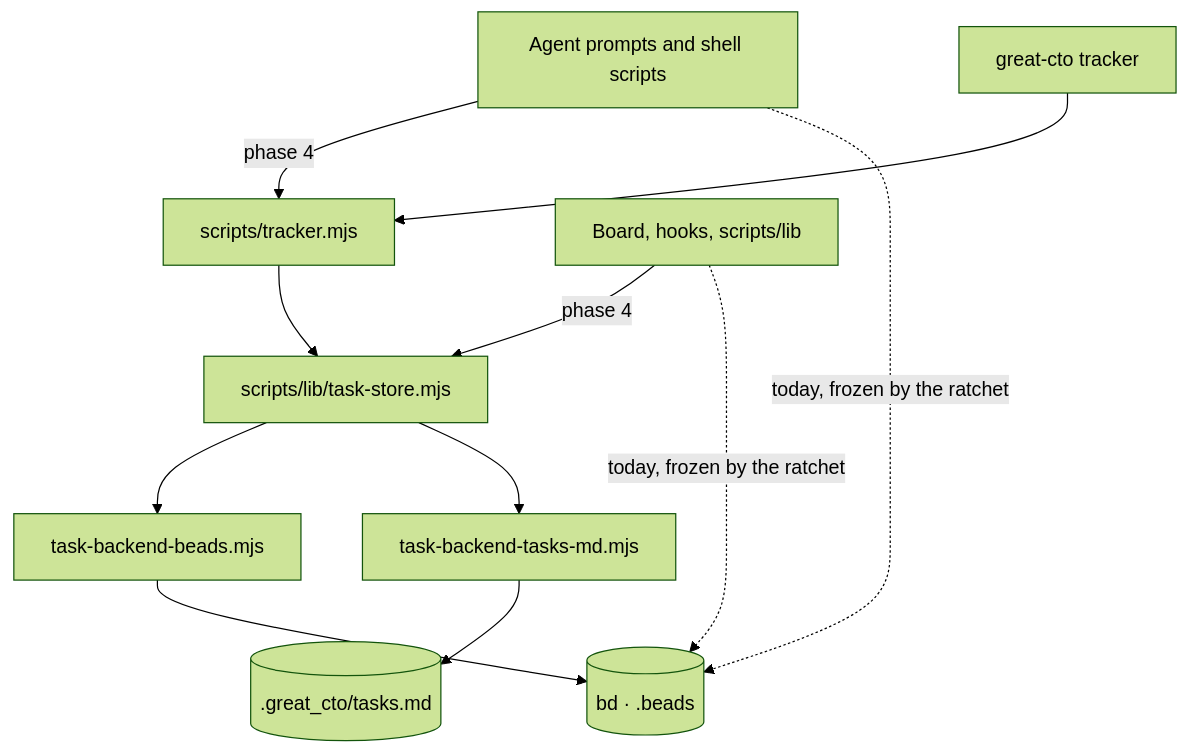
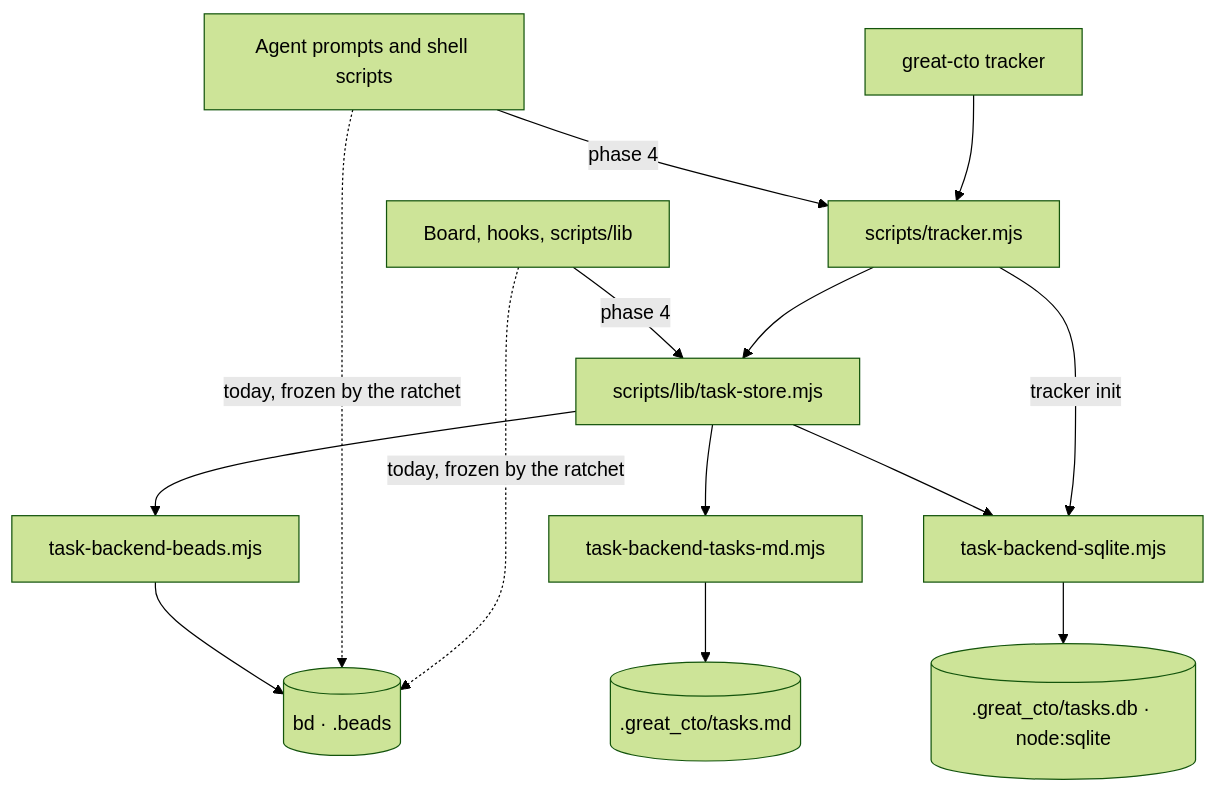
One commit to avelikiy/great_cto changed the diagram in docs/architecture/ARCH-task-api.md. Above: the diagram before and after it, drawn with Mermaid (forest theme). The commit also changed other lines of this file and 10 other files, not shown here.

First line of the commit message:
feat: built-in SQLite task store behind the task API

````diff
--- a/docs/architecture/ARCH-task-api.md
+++ b/docs/architecture/ARCH-task-api.md
@@ -27,13 +27,16 @@
 ```mermaid
 flowchart TD
   P[Agent prompts and shell scripts] -->|phase 4| C[scripts/tracker.mjs]
   N[great-cto tracker] --> C
   B[Board, hooks, scripts/lib] -->|phase 4| S[scripts/lib/task-store.mjs]
   C --> S
   S --> BB[task-backend-beads.mjs]
   S --> MB[task-backend-tasks-md.mjs]
+  S --> SB[task-backend-sqlite.mjs]
+  C -->|tracker init| SB
   BB --> BD[(bd · .beads)]
   MB --> MD[(.great_cto/tasks.md)]
+  SB --> DB[(.great_cto/tasks.db · node:sqlite)]
   P -.->|today, frozen by the ratchet| BD
   B -.->|today, frozen by the ratchet| BD
 ```
````
